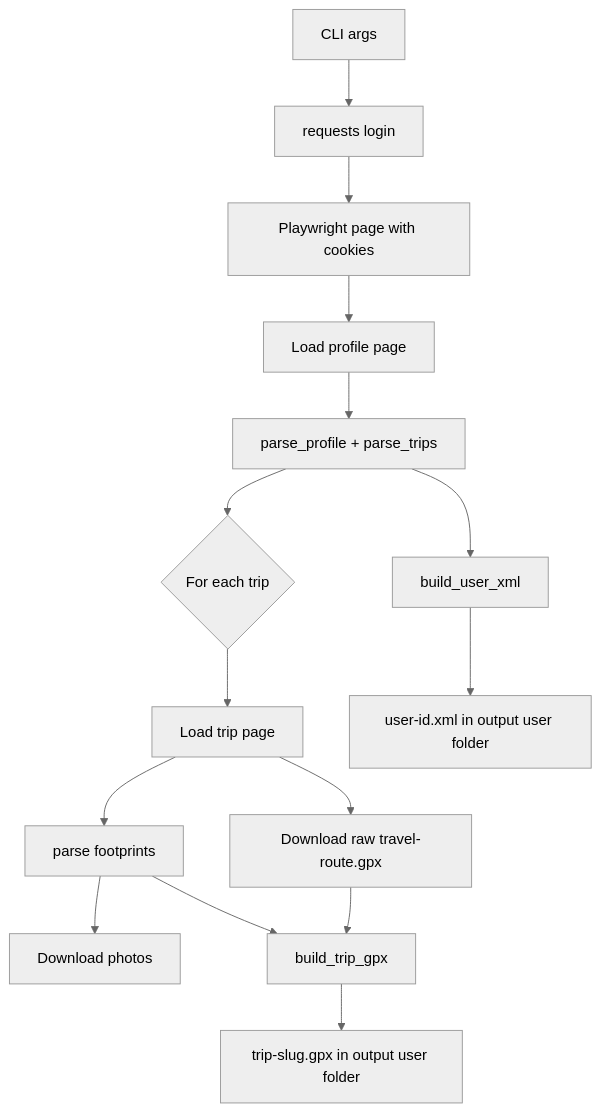
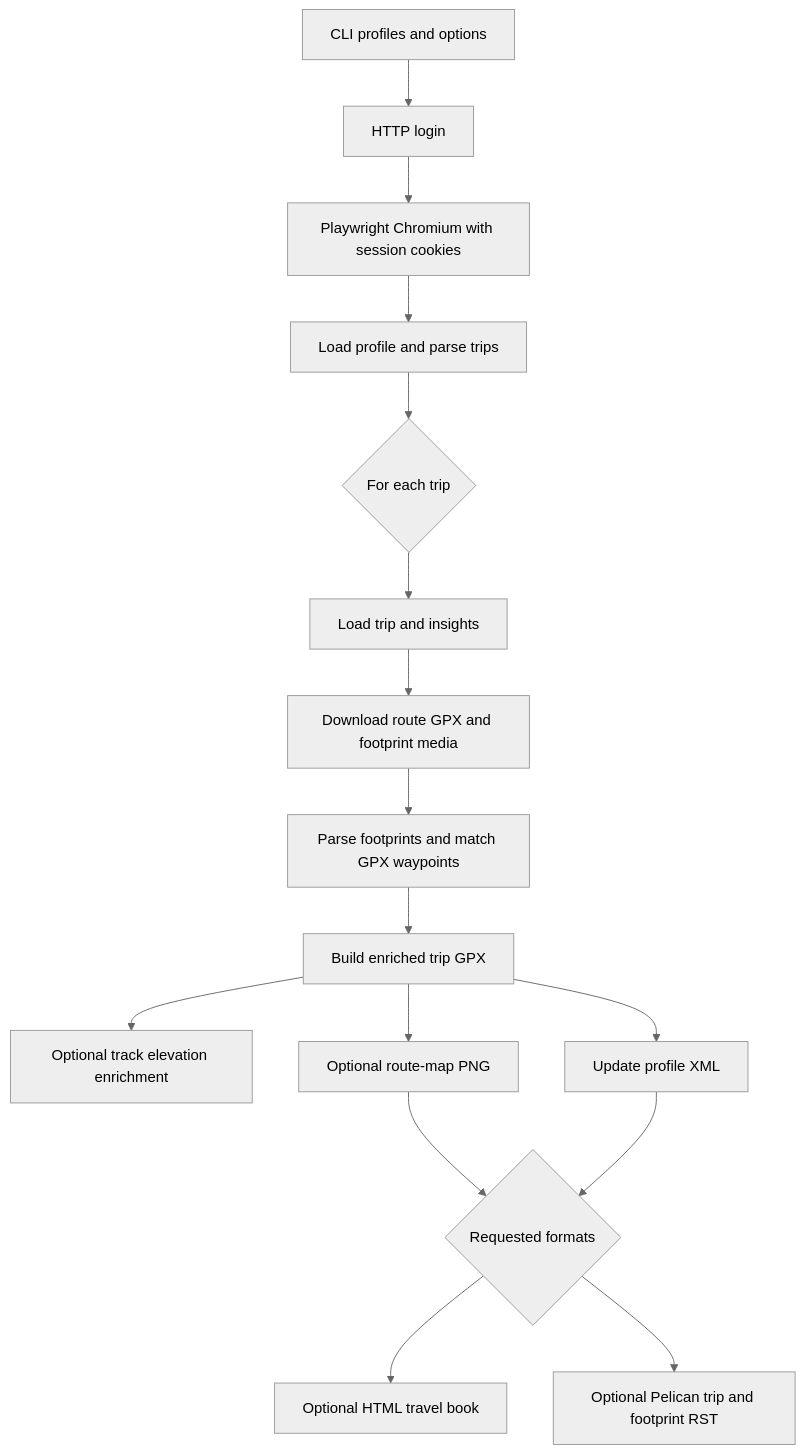
One commit to lburais/FindPenguinsScrapper changed the diagram in docs/architecture.md. Above: the diagram before and after it, drawn with Mermaid (neutral theme). The commit also changed other lines of this file and 4 other files, not shown here.

````diff
--- a/docs/architecture.md
+++ b/docs/architecture.md
@@ -49,17 +23,18 @@
 ```mermaid
 flowchart TD
-  A[CLI args] --> B[requests login]
-  B --> C[Playwright page with cookies]
-  C --> D[Load profile page]
-  D --> E[parse_profile + parse_trips]
-  E --> F{For each trip}
-  F --> G[Load trip page]
-  G --> H[Download raw travel-route.gpx]
-  G --> I[parse footprints]
-  I --> J[Download photos]
-  H --> K[build_trip_gpx]
-  I --> K
-  K --> L[trip-slug.gpx in output user folder]
-  E --> M[build_user_xml]
-  M --> N[user-id.xml in output user folder]
+  A[CLI profiles and options] --> B[HTTP login]
+  B --> C[Playwright Chromium with session cookies]
+  C --> D[Load profile and parse trips]
+  D --> E{For each trip}
+  E --> F[Load trip and insights]
+  F --> G[Download route GPX and footprint media]
+  G --> H[Parse footprints and match GPX waypoints]
+  H --> I[Build enriched trip GPX]
+  I --> J[Optional track elevation enrichment]
+  I --> K[Optional route-map PNG]
+  I --> L[Update profile XML]
+  K --> M{Requested formats}
+  L --> M
+  M --> N[Optional HTML travel book]
+  M --> O[Optional Pelican trip and footprint RST]
 ```
````
